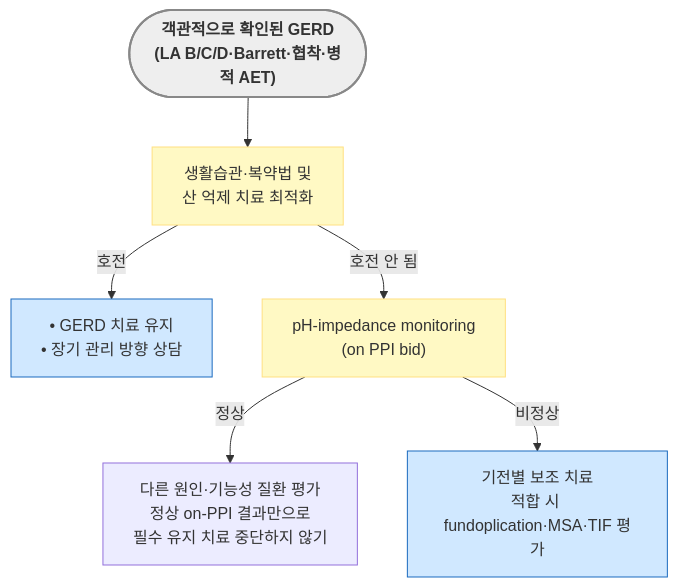
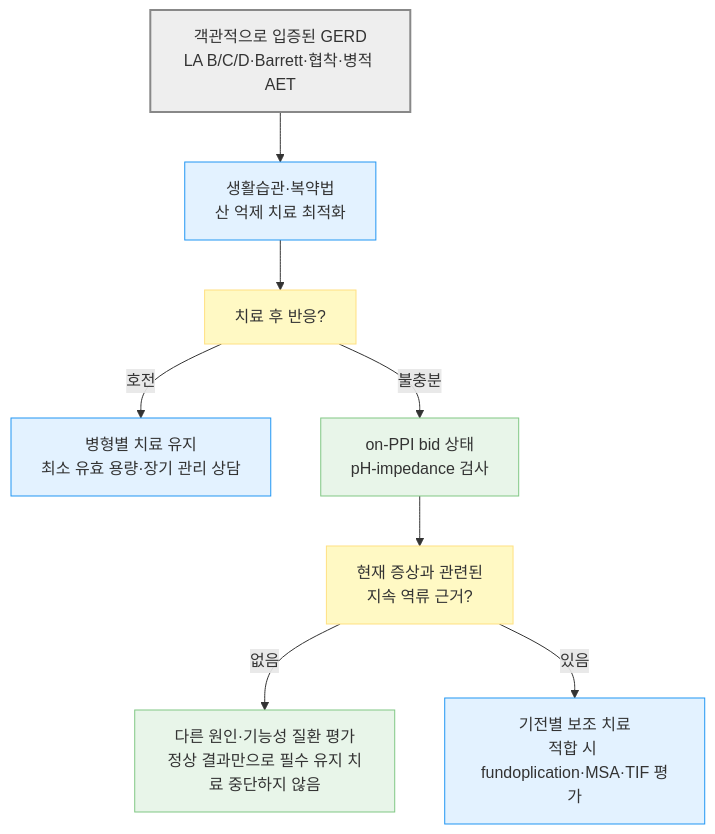
The fifth of 5 diagrams in 224_/081_-gerd.md (familyoh77/familyoh77), drawn with Mermaid before and after one commit. The commit also changed other lines of this file and 4 other files, not shown here.

````diff
--- a/224_/081_-gerd.md
+++ b/224_/081_-gerd.md
@@ -335,16 +332,20 @@
 ```mermaid
-graph TD
-    Start2(["<b>객관적으로 확인된 GERD<br/>(LA B/C/D·Barrett·협착·병적 AET)</b>"]) --> PPI2["생활습관·복약법 및<br/>산 억제 치료 최적화"]
-    PPI2 -- "호전" --> Success2["• GERD 치료 유지<br/>• 장기 관리 방향 상담"]
-    PPI2 -- "호전 안 됨" --> Impedance2["pH-impedance monitoring<br/>(on PPI bid)"]
+flowchart TD
+    A["객관적으로 입증된 GERD<br/>LA B/C/D·Barrett·협착·병적 AET"] --> B["생활습관·복약법<br/>산 억제 치료 최적화"]
+    B --> R["치료 후 반응?"]
+    R -- "호전" --> S["병형별 치료 유지<br/>최소 유효 용량·장기 관리 상담"]
+    R -- "불충분" --> I["on-PPI bid 상태<br/>pH-impedance 검사"]
+    I --> IQ["현재 증상과 관련된<br/>지속 역류 근거?"]
+    IQ -- "없음" --> O["다른 원인·기능성 질환 평가<br/>정상 결과만으로 필수 유지 치료 중단하지 않음"]
+    IQ -- "있음" --> T["기전별 보조 치료<br/>적합 시 fundoplication·MSA·TIF 평가"]
 
-    Impedance2 -- "정상" --> Other2["다른 원인·기능성 질환 평가<br/>정상 on-PPI 결과만으로<br/>필수 유지 치료 중단하지 않기"]
-    Impedance2 -- "비정상" --> Surgery["기전별 보조 치료<br/>적합 시 fundoplication·MSA·TIF 평가"]
-
-
-style Start2 fill:#eeeeee,stroke:#888888,stroke-width:2px
-classDef yellow fill:#fff9c4,stroke:#ffe082
-class PPI2,Impedance2 yellow
-classDef blue fill:#d0e8ff,stroke:#1a6abf
-class Success2,Surgery blue
+    classDef neutral fill:#eeeeee,stroke:#888888,stroke-width:2px
+    classDef question fill:#fff9c4,stroke:#ffe082
+    classDef test fill:#e8f5e9,stroke:#81c784
+    classDef treatment fill:#e3f2ff,stroke:#2196f3
+    classDef next fill:#e8eaf6,stroke:#9fa8da
+    class A neutral
+    class R,IQ question
+    class I,O test
+    class B,S,T treatment
 ```
````
